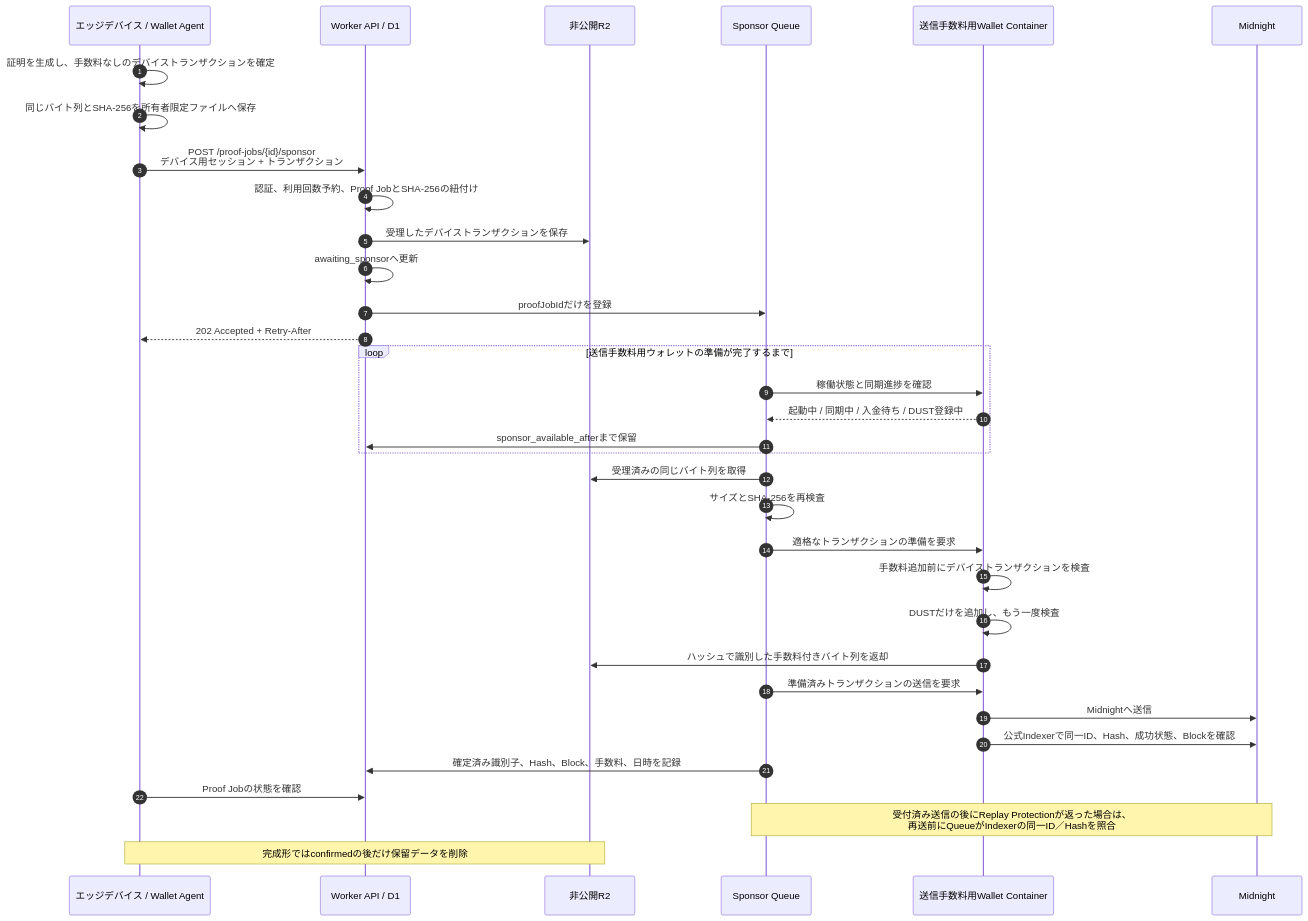
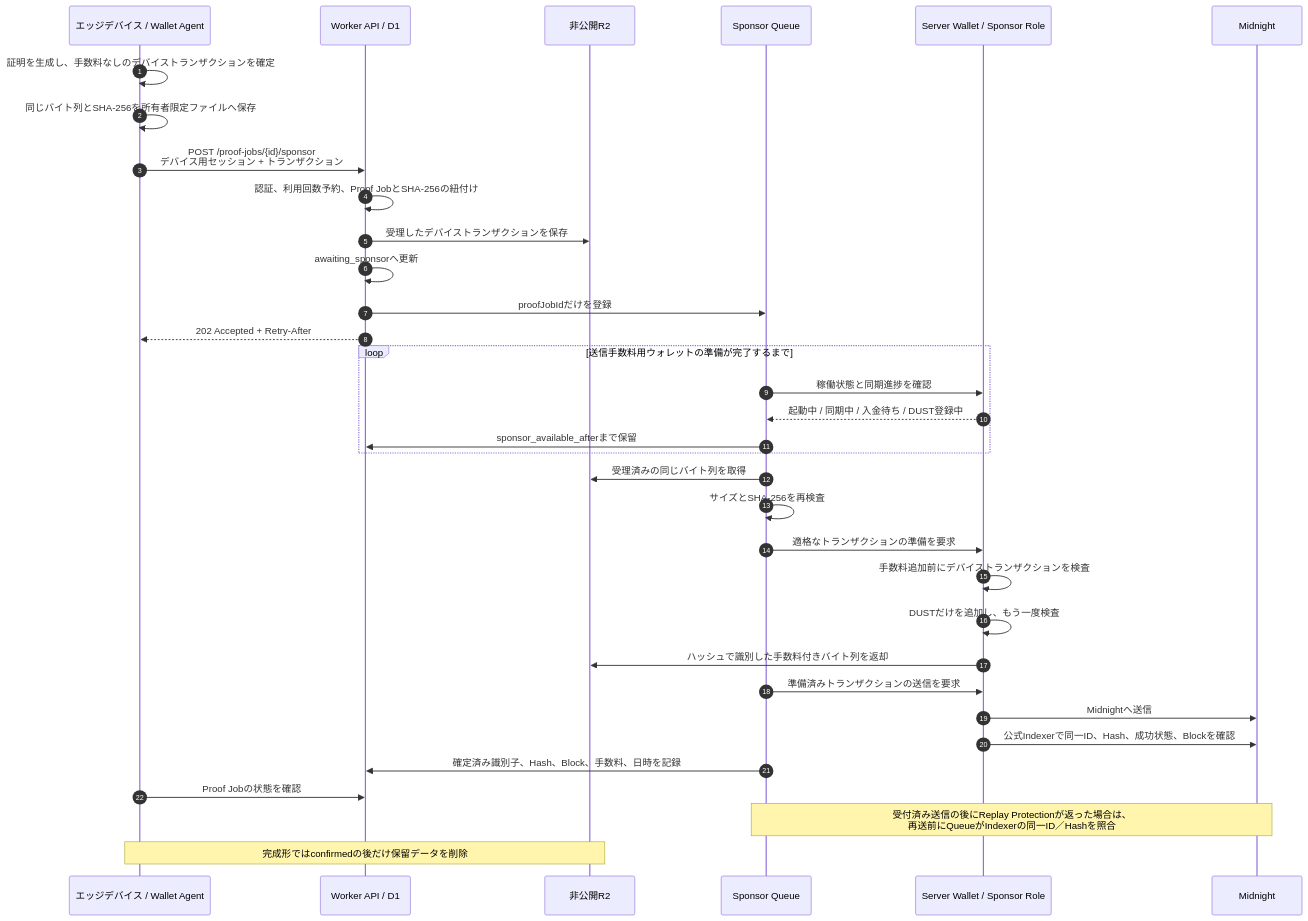
The first of 2 diagrams in docs/ja/implementation/fee_sponsorship.md (commun-platform/midnight_buildathons_bacchili), drawn with Mermaid before and after one commit. The commit also changed other lines of this file and 48 other files, not shown here.

````diff
--- a/docs/ja/implementation/fee_sponsorship.md
+++ b/docs/ja/implementation/fee_sponsorship.md
@@ -45,40 +49,40 @@
 ```mermaid
 sequenceDiagram
     autonumber
     participant E as エッジデバイス / Wallet Agent
     participant W as Worker API / D1
     participant R as 非公開R2
     participant Q as Sponsor Queue
-    participant S as 送信手数料用Wallet Container
+    participant S as Server Wallet / Sponsor Role
     participant M as Midnight
 
     E->>E: 証明を生成し、手数料なしのデバイストランザクションを確定
     E->>E: 同じバイト列とSHA-256を所有者限定ファイルへ保存
     E->>W: POST /proof-jobs/{id}/sponsor<br/>デバイス用セッション + トランザクション
     W->>W: 認証、利用回数予約、Proof JobとSHA-256の紐付け
     W->>R: 受理したデバイストランザクションを保存
     W->>W: awaiting_sponsorへ更新
     W->>Q: proofJobIdだけを登録
     W-->>E: 202 Accepted + Retry-After
 
     loop 送信手数料用ウォレットの準備が完了するまで
         Q->>S: 稼働状態と同期進捗を確認
         S-->>Q: 起動中 / 同期中 / 入金待ち / DUST登録中
         Q->>W: sponsor_available_afterまで保留
     end
 
     Q->>R: 受理済みの同じバイト列を取得
     Q->>Q: サイズとSHA-256を再検査
     Q->>S: 適格なトランザクションの準備を要求
     S->>S: 手数料追加前にデバイストランザクションを検査
     S->>S: DUSTだけを追加し、もう一度検査
     S->>R: ハッシュで識別した手数料付きバイト列を返却
     Q->>S: 準備済みトランザクションの送信を要求
     S->>M: Midnightへ送信
     S->>M: 公式Indexerで同一ID、Hash、成功状態、Blockを確認
     Q->>W: 確定済み識別子、Hash、Block、手数料、日時を記録
 
     E->>W: Proof Jobの状態を確認
     Note over Q,M: 受付済み送信の後にReplay Protectionが返った場合は、<br/>再送前にQueueがIndexerの同一ID／Hashを照合
     Note over E,R: 完成形ではconfirmedの後だけ保留データを削除
 ```
````
